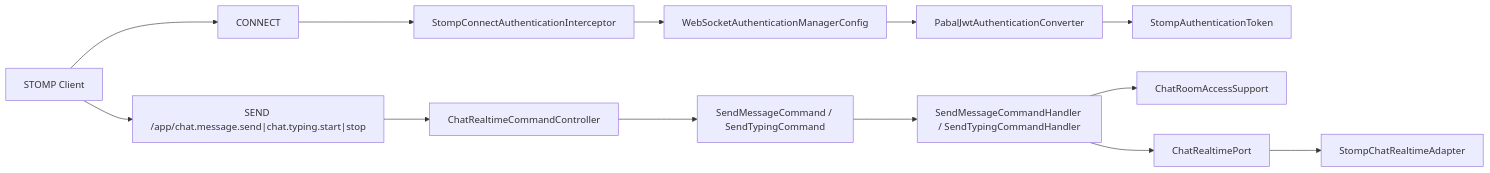
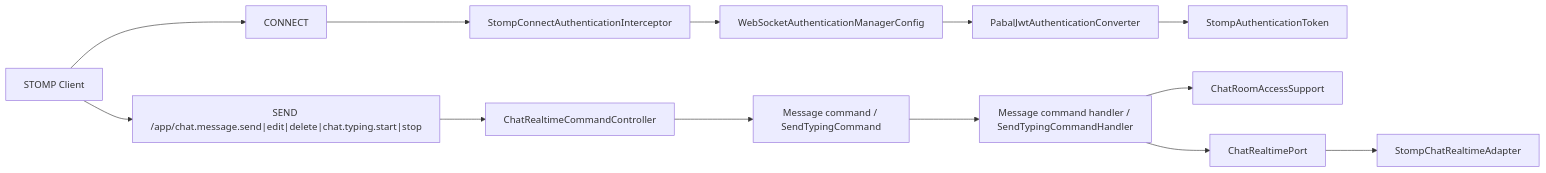
The fifth of 6 diagrams in docs/architecture/runtime-flow.md (woojun-k/pabal), drawn with Mermaid before and after one commit. The commit also changed 11 other files, not shown here.

Commit message:
feat(messenger): support websocket message edit and delete

````diff
--- a/docs/architecture/runtime-flow.md
+++ b/docs/architecture/runtime-flow.md
@@ -159,15 +159,15 @@
 ```mermaid
 flowchart LR
     client["STOMP Client"] --> connect["CONNECT"]
     connect --> interceptor["StompConnectAuthenticationInterceptor"]
     interceptor --> authManager["WebSocketAuthenticationManagerConfig"]
     authManager --> converter["PabalJwtAuthenticationConverter"]
     converter --> stompToken["StompAuthenticationToken"]
-    client --> send["SEND /app/chat.message.send|chat.typing.start|stop"]
+    client --> send["SEND /app/chat.message.send|edit|delete|chat.typing.start|stop"]
     send --> controller["ChatRealtimeCommandController"]
-    controller --> command["SendMessageCommand / SendTypingCommand"]
-    command --> handler["SendMessageCommandHandler / SendTypingCommandHandler"]
+    controller --> command["Message command / SendTypingCommand"]
+    command --> handler["Message command handler / SendTypingCommandHandler"]
     handler --> access["ChatRoomAccessSupport"]
     handler --> port["ChatRealtimePort"]
     port --> adapter["StompChatRealtimeAdapter"]
 ```
````
